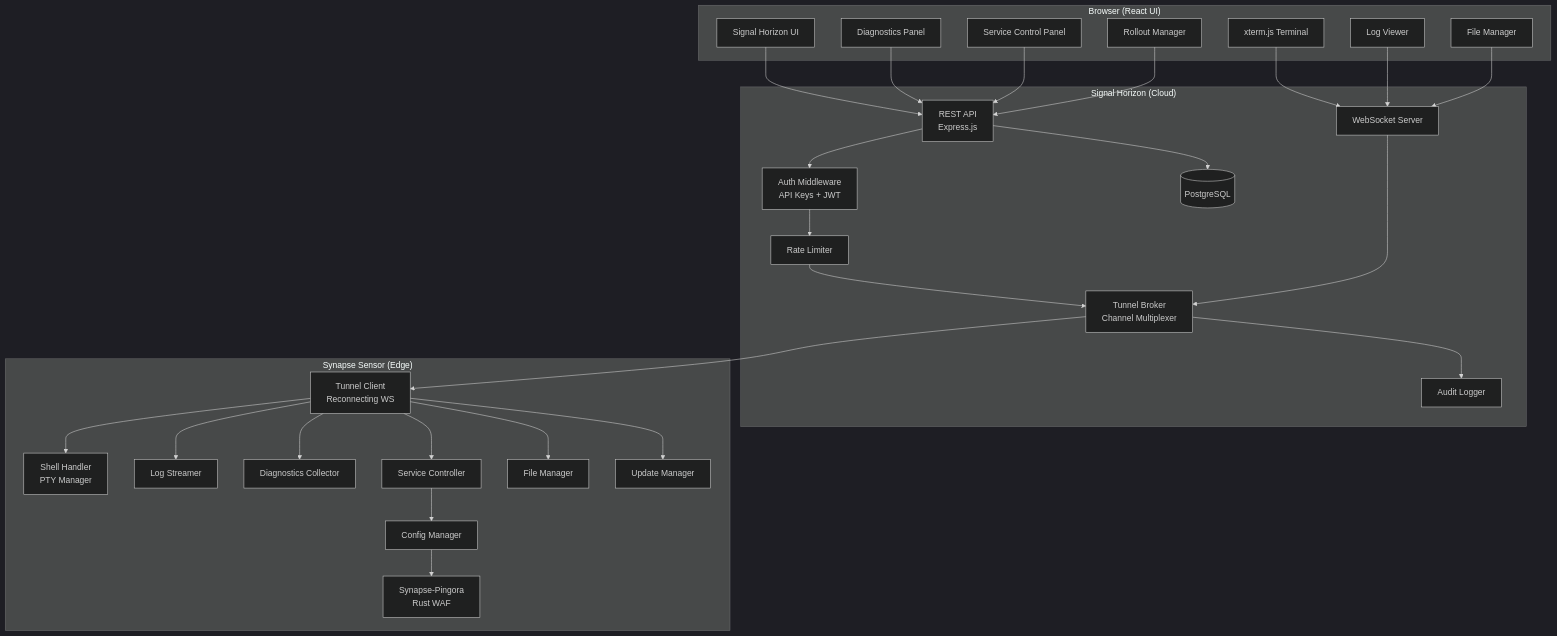
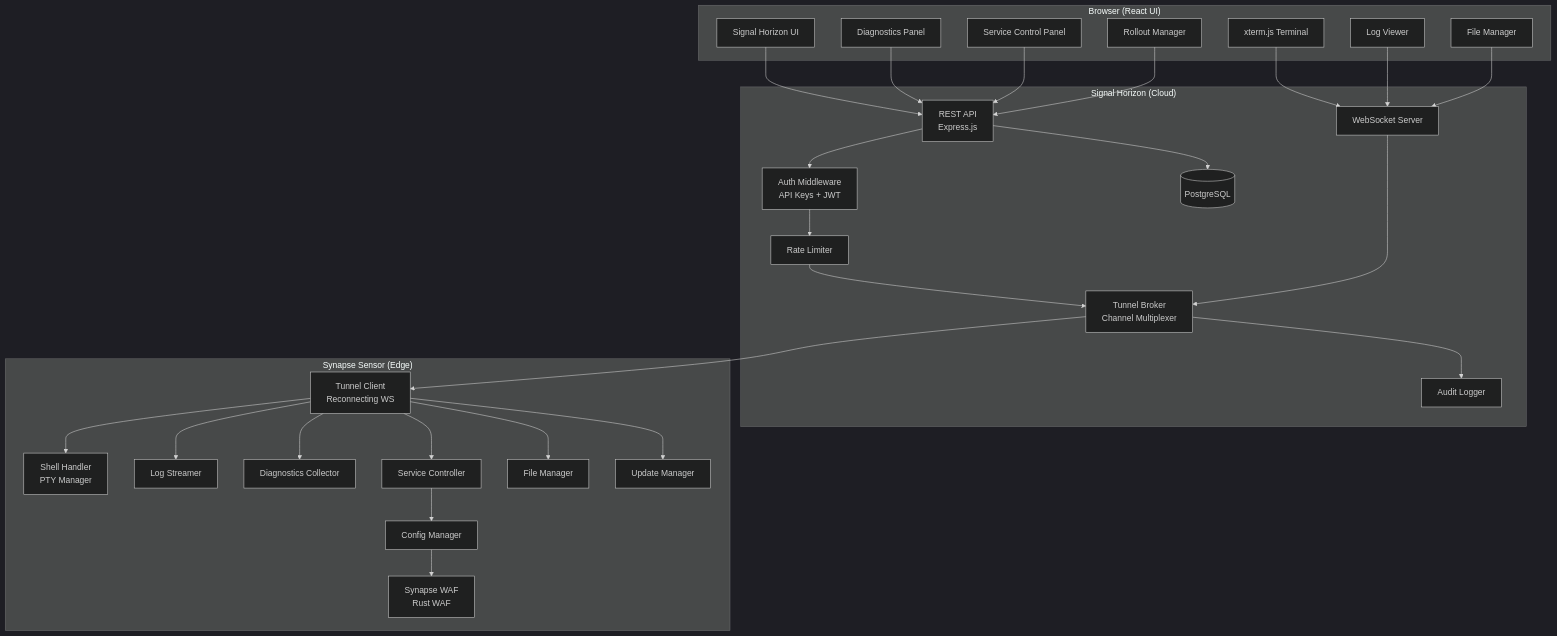
Before and after one commit to atlas-crew/horizon-security-platform: the first of 10 diagrams in apps/signal-horizon/docs/architecture/remote-management.md, drawn with Mermaid (dark theme). The commit also changed other lines of this file and 64 other files, not shown here.

First line of the commit message:
refactor: rename Synapse Pingora to Synapse WAF across codebase

````diff
--- a/apps/signal-horizon/docs/architecture/remote-management.md
+++ b/apps/signal-horizon/docs/architecture/remote-management.md
@@ -11,62 +11,62 @@
 ```mermaid
 flowchart TB
     subgraph Browser["Browser (React UI)"]
         UI[Signal Horizon UI]
         XTerm[xterm.js Terminal]
         LogV[Log Viewer]
         DiagP[Diagnostics Panel]
         FileM[File Manager]
         CtrlP[Service Control Panel]
         RollM[Rollout Manager]
     end
 
     subgraph SignalHorizon["Signal Horizon (Cloud)"]
         API[REST API<br>Express.js]
         TB[Tunnel Broker<br>Channel Multiplexer]
         WS[WebSocket Server]
         Auth[Auth Middleware<br>API Keys + JWT]
         RL[Rate Limiter]
         Audit[Audit Logger]
         DB[(PostgreSQL)]
     end
 
     subgraph Sensor["Synapse Sensor (Edge)"]
-        Pingora[Synapse-Pingora<br>Rust WAF]
+        Pingora[Synapse WAF<br>Rust WAF]
         TunnelC[Tunnel Client<br>Reconnecting WS]
         ShellH[Shell Handler<br>PTY Manager]
         LogH[Log Streamer]
         DiagH[Diagnostics Collector]
         CtrlH[Service Controller]
         FileH[File Manager]
         UpdateH[Update Manager]
         ConfigM[Config Manager]
     end
 
     UI --> API
     XTerm --> WS
     LogV --> WS
     DiagP --> API
     FileM --> WS
     CtrlP --> API
     RollM --> API
 
     API --> Auth
     Auth --> RL
     RL --> TB
 
     WS --> TB
     TB --> Audit
     TB --> TunnelC
 
     TunnelC --> ShellH
     TunnelC --> LogH
     TunnelC --> DiagH
     TunnelC --> CtrlH
     TunnelC --> FileH
     TunnelC --> UpdateH
 
     CtrlH --> ConfigM
     ConfigM --> Pingora
 
     API --> DB
 ```
````
